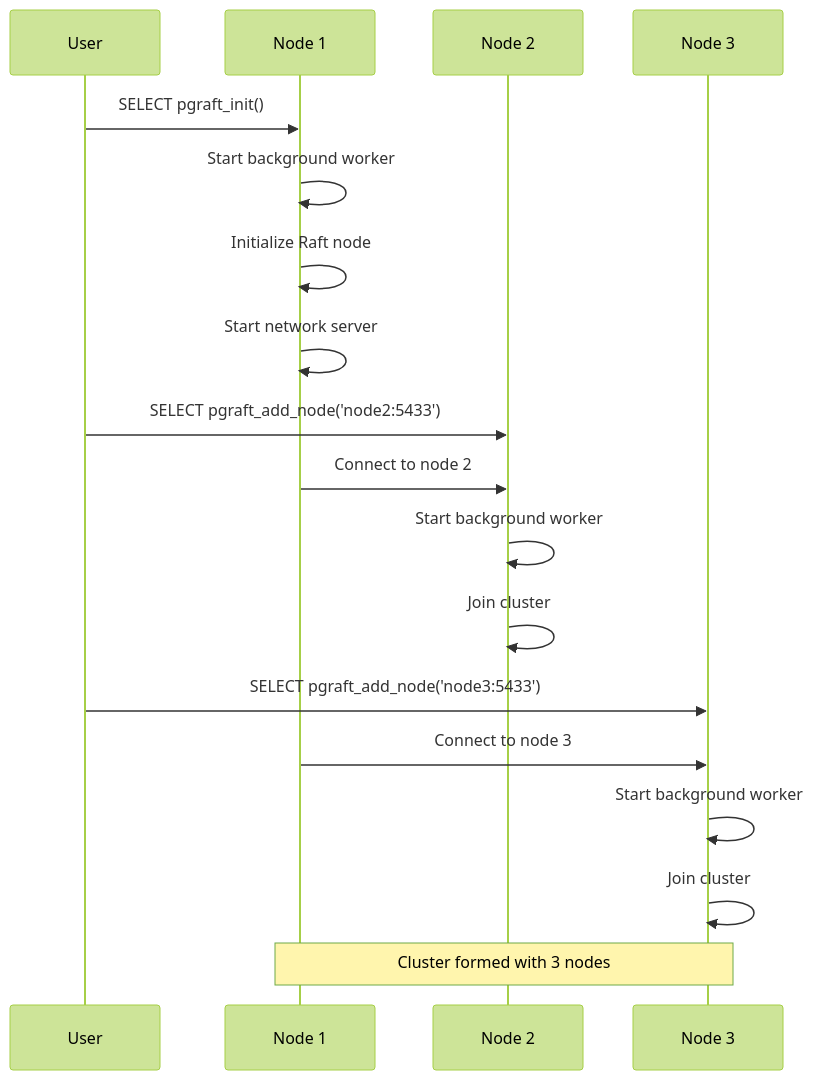
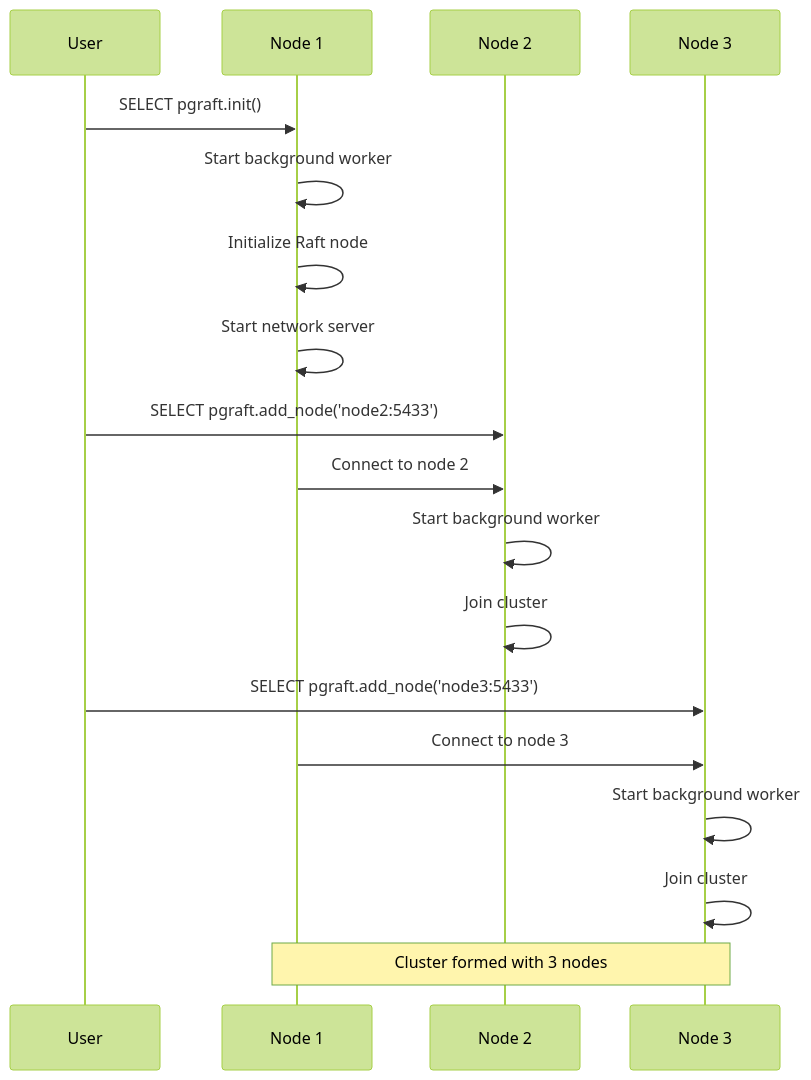
Before and after one commit to pgElephant/pgraft: the first of 3 diagrams in docs/concepts/architecture.md, drawn with Mermaid (forest theme). The commit also changed 27 other files, not shown here.

````diff
--- a/docs/concepts/architecture.md
+++ b/docs/concepts/architecture.md
@@ -75,24 +75,24 @@
 ```mermaid
 sequenceDiagram
     participant U as User
     participant N1 as Node 1
     participant N2 as Node 2
     participant N3 as Node 3
     
-    U->>N1: SELECT pgraft_init()
+    U->>N1: SELECT pgraft.init()
     N1->>N1: Start background worker
     N1->>N1: Initialize Raft node
     N1->>N1: Start network server
     
-    U->>N2: SELECT pgraft_add_node('node2:5433')
+    U->>N2: SELECT pgraft.add_node('node2:5433')
     N1->>N2: Connect to node 2
     N2->>N2: Start background worker
     N2->>N2: Join cluster
     
-    U->>N3: SELECT pgraft_add_node('node3:5433')
+    U->>N3: SELECT pgraft.add_node('node3:5433')
     N1->>N3: Connect to node 3
     N3->>N3: Start background worker
     N3->>N3: Join cluster
     
     Note over N1,N3: Cluster formed with 3 nodes
 ```
````
